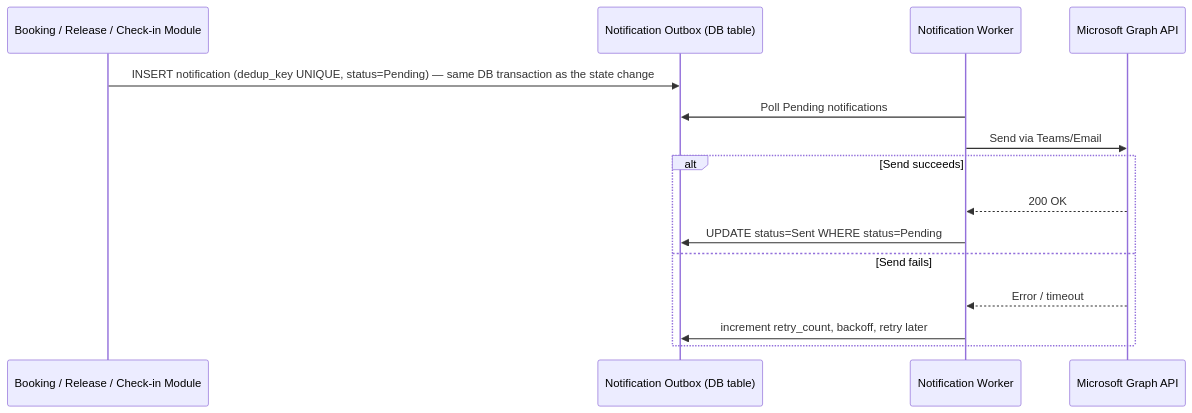
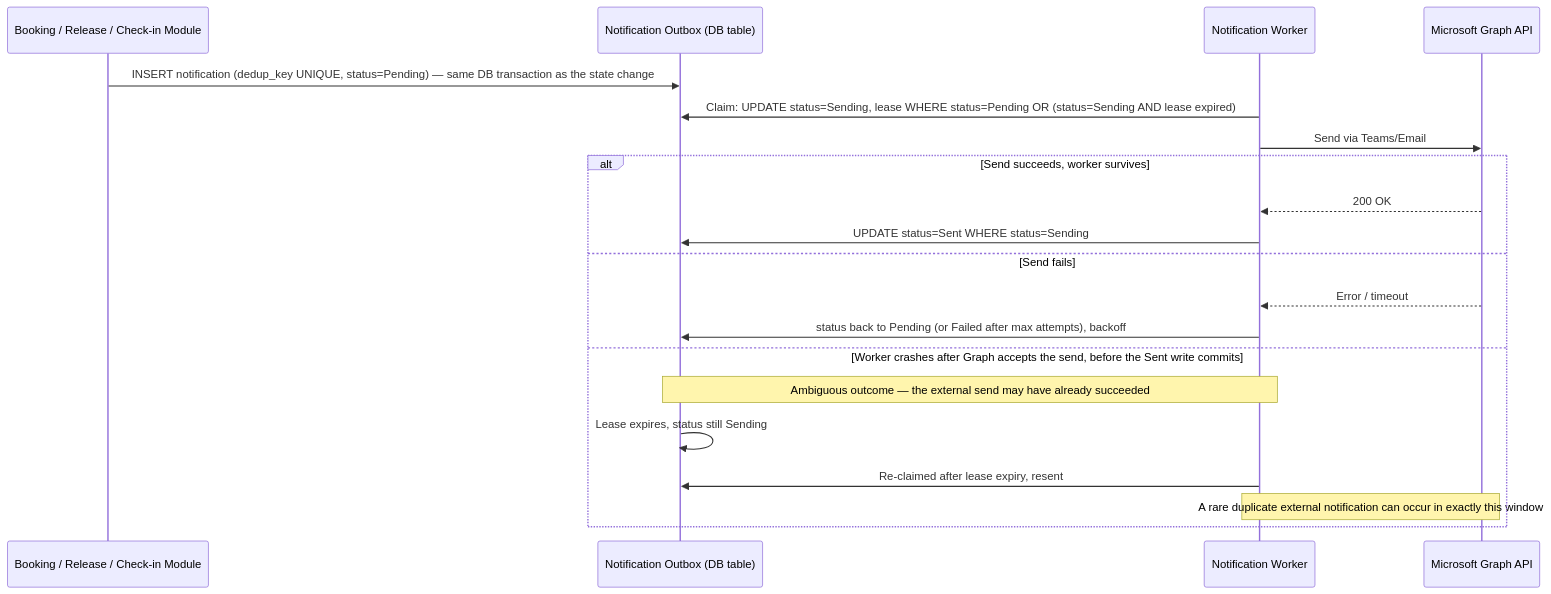
The ninth of 11 diagrams in design/smart-office-hld.md (ailic12/siliconskunk), drawn with Mermaid before and after one commit. The commit also changed other lines of this file, not shown here.

````diff
--- a/design/smart-office-hld.md
+++ b/design/smart-office-hld.md
@@ -317,18 +376,23 @@
 ```mermaid
 sequenceDiagram
     participant Domain as Booking / Release / Check-in Module
     participant Outbox as Notification Outbox (DB table)
     participant Worker as Notification Worker
     participant Graph as Microsoft Graph API
 
     Domain->>Outbox: INSERT notification (dedup_key UNIQUE, status=Pending) — same DB transaction as the state change
-    Worker->>Outbox: Poll Pending notifications
+    Worker->>Outbox: Claim: UPDATE status=Sending, lease WHERE status=Pending OR (status=Sending AND lease expired)
     Worker->>Graph: Send via Teams/Email
-    alt Send succeeds
+    alt Send succeeds, worker survives
         Graph-->>Worker: 200 OK
-        Worker->>Outbox: UPDATE status=Sent WHERE status=Pending
+        Worker->>Outbox: UPDATE status=Sent WHERE status=Sending
     else Send fails
         Graph-->>Worker: Error / timeout
-        Worker->>Outbox: increment retry_count, backoff, retry later
+        Worker->>Outbox: status back to Pending (or Failed after max attempts), backoff
+    else Worker crashes after Graph accepts the send, before the Sent write commits
+        Note over Worker,Outbox: Ambiguous outcome — the external send may have already succeeded
+        Outbox->>Outbox: Lease expires, status still Sending
+        Worker->>Outbox: Re-claimed after lease expiry, resent
+        Note over Worker,Graph: A rare duplicate external notification can occur in exactly this window
     end
 ```
````
